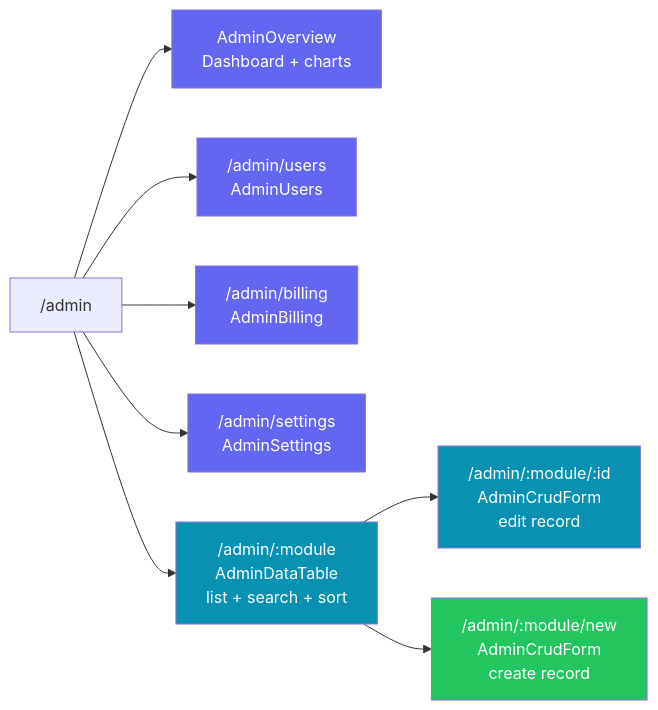
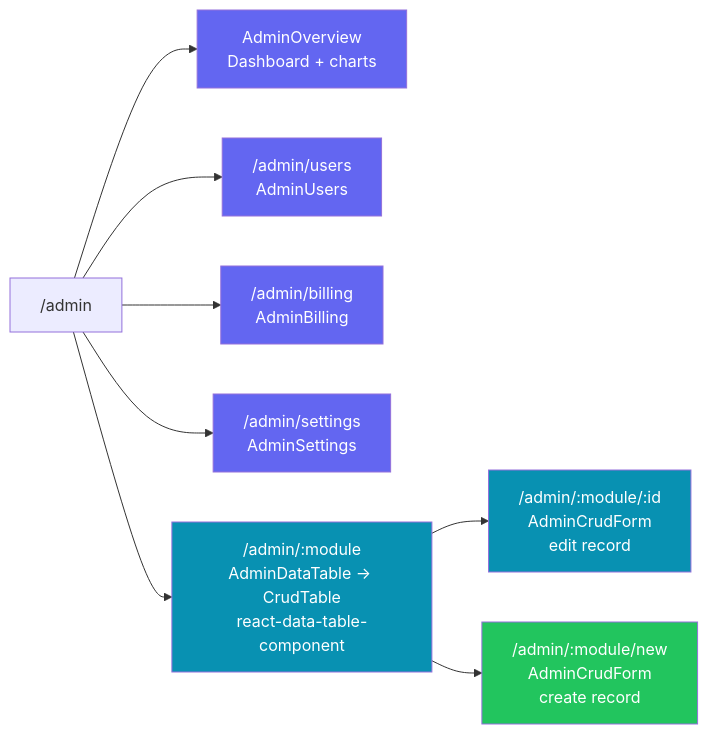
The first of 4 diagrams in docs/admin/overview.md (tensor-labz/tensor-labz-docs), drawn with Mermaid before and after one commit. The commit also changed other lines of this file and 2 other files, not shown here.

Commit message:
docs: update admin docs — CrudTable, Redux adminSlice, table_config new fields

````diff
--- a/docs/admin/overview.md
+++ b/docs/admin/overview.md
@@ -9,18 +9,18 @@
 ```mermaid
 flowchart LR
     Root["/admin"] --> Overview["AdminOverview\nDashboard + charts"]
     Root --> Users["/admin/users\nAdminUsers"]
     Root --> Billing["/admin/billing\nAdminBilling"]
     Root --> Settings["/admin/settings\nAdminSettings"]
-    Root --> Module["/admin/:module\nAdminDataTable\nlist + search + sort"]
+    Root --> Module["/admin/:module\nAdminDataTable → CrudTable\nreact-data-table-component"]
     Module --> Record["/admin/:module/:id\nAdminCrudForm\nedit record"]
     Module --> New["/admin/:module/new\nAdminCrudForm\ncreate record"]
 
     style Overview fill:#6366f1,color:#fff
     style Users fill:#6366f1,color:#fff
     style Billing fill:#6366f1,color:#fff
     style Settings fill:#6366f1,color:#fff
     style Module fill:#0891b2,color:#fff
     style Record fill:#0891b2,color:#fff
     style New fill:#22c55e,color:#fff
 ```
````
